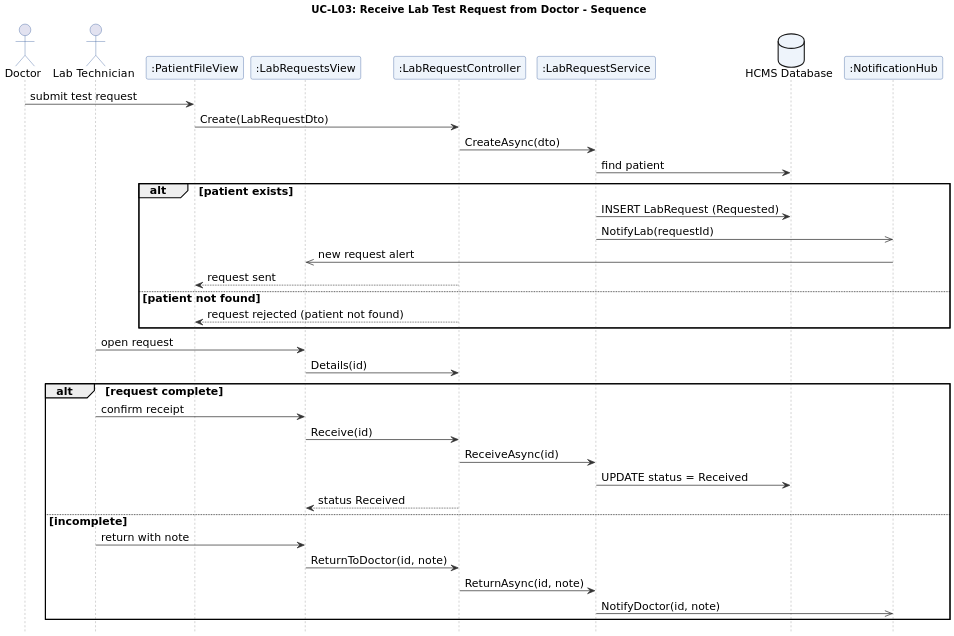
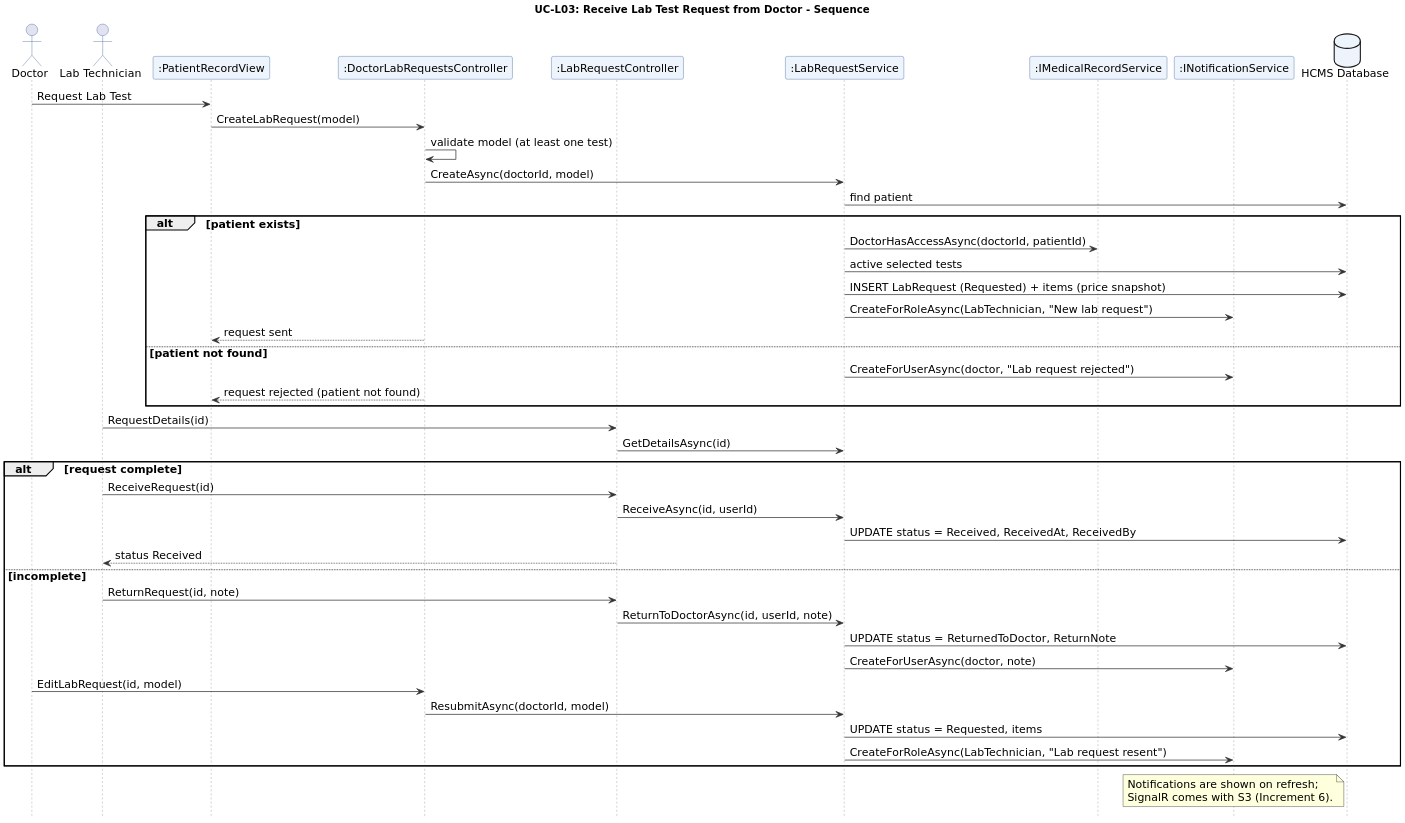
Before and after one commit to aymansl/HCMS: the diagram in docs/diagrams/UC-L03_seq.puml, drawn with PlantUML. The commit also changed 37 other files, not shown here.

Commit message:
feat(lab): receive lab request from doctor (L3)

```diff
--- a/docs/diagrams/UC-L03_seq.puml
+++ b/docs/diagrams/UC-L03_seq.puml
@@ -1,59 +1,67 @@
 @startuml
 skinparam dpi 170
 skinparam shadowing false
 skinparam defaultFontName DejaVu Sans
 skinparam defaultFontSize 12
 skinparam ArrowColor #333333
 skinparam ActivityBackgroundColor #EEF4FB
 skinparam ActivityBorderColor #2F5597
 skinparam ActivityDiamondBackgroundColor #FFF7E0
 skinparam SwimlaneTitleFontStyle bold
 skinparam ParticipantBackgroundColor #EEF4FB
 skinparam ParticipantBorderColor #2F5597
 skinparam SequenceLifeLineBorderColor #888888
 skinparam UsecaseBackgroundColor #EEF4FB
 skinparam UsecaseBorderColor #2F5597
 skinparam ActorBorderColor #2F5597
 skinparam DatabaseBackgroundColor #EEF4FB
 skinparam SequenceGroupHeaderFontStyle bold
 title UC-L03: Receive Lab Test Request from Doctor - Sequence
 skinparam defaultFontSize 15
 skinparam ParticipantFontSize 15
 skinparam ActorFontSize 15
 skinparam DatabaseFontSize 15
 hide footbox
 actor Doctor as D
 actor "Lab Technician" as U
-participant ":PatientFileView" as DV
-participant ":LabRequestsView" as V
+participant ":PatientRecordView" as DV
+participant ":DoctorLabRequestsController" as DC
 participant ":LabRequestController" as C
 participant ":LabRequestService" as S
+participant ":IMedicalRecordService" as MR
+participant ":INotificationService" as N
 database "HCMS Database" as DB
-participant ":NotificationHub" as H
-D -> DV : submit test request
-DV -> C : Create(LabRequestDto)
-C -> S : CreateAsync(dto)
+D -> DV : Request Lab Test
+DV -> DC : CreateLabRequest(model)
+DC -> DC : validate model (at least one test)
+DC -> S : CreateAsync(doctorId, model)
 S -> DB : find patient
 alt patient exists
-  S -> DB : INSERT LabRequest (Requested)
-  S ->> H : NotifyLab(requestId)
-  H ->> V : new request alert
-  C --> DV : request sent
+  S -> MR : DoctorHasAccessAsync(doctorId, patientId)
+  S -> DB : active selected tests
+  S -> DB : INSERT LabRequest (Requested) + items (price snapshot)
+  S -> N : CreateForRoleAsync(LabTechnician, "New lab request")
+  DC --> DV : request sent
 else patient not found
-  C --> DV : request rejected (patient not found)
+  S -> N : CreateForUserAsync(doctor, "Lab request rejected")
+  DC --> DV : request rejected (patient not found)
 end
-U -> V : open request
-V -> C : Details(id)
+U -> C : RequestDetails(id)
+C -> S : GetDetailsAsync(id)
 alt request complete
-  U -> V : confirm receipt
-  V -> C : Receive(id)
-  C -> S : ReceiveAsync(id)
-  S -> DB : UPDATE status = Received
-  C --> V : status Received
+  U -> C : ReceiveRequest(id)
+  C -> S : ReceiveAsync(id, userId)
+  S -> DB : UPDATE status = Received, ReceivedAt, ReceivedBy
+  C --> U : status Received
 else incomplete
-  U -> V : return with note
-  V -> C : ReturnToDoctor(id, note)
-  C -> S : ReturnAsync(id, note)
-  S ->> H : NotifyDoctor(id, note)
+  U -> C : ReturnRequest(id, note)
+  C -> S : ReturnToDoctorAsync(id, userId, note)
+  S -> DB : UPDATE status = ReturnedToDoctor, ReturnNote
+  S -> N : CreateForUserAsync(doctor, note)
+  D -> DC : EditLabRequest(id, model)
+  DC -> S : ResubmitAsync(doctorId, model)
+  S -> DB : UPDATE status = Requested, items
+  S -> N : CreateForRoleAsync(LabTechnician, "Lab request resent")
 end
+note over N : Notifications are shown on refresh;\nSignalR comes with S3 (Increment 6).
 @enduml
```
